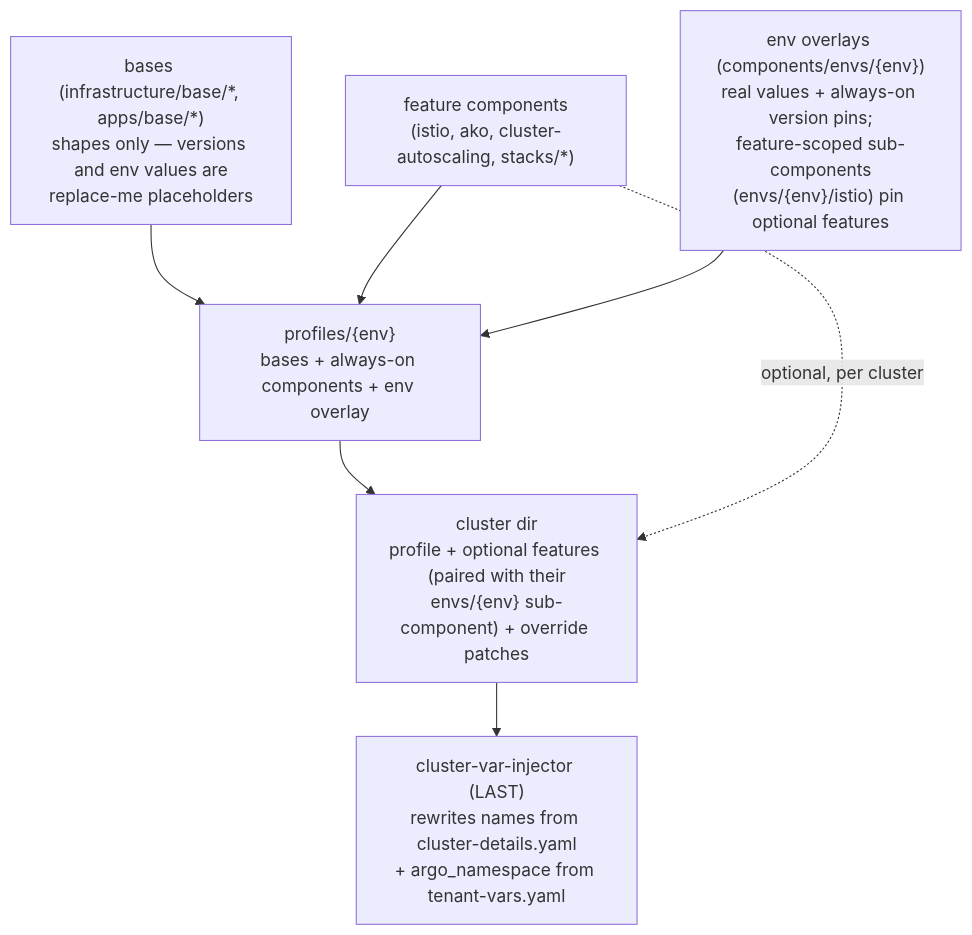
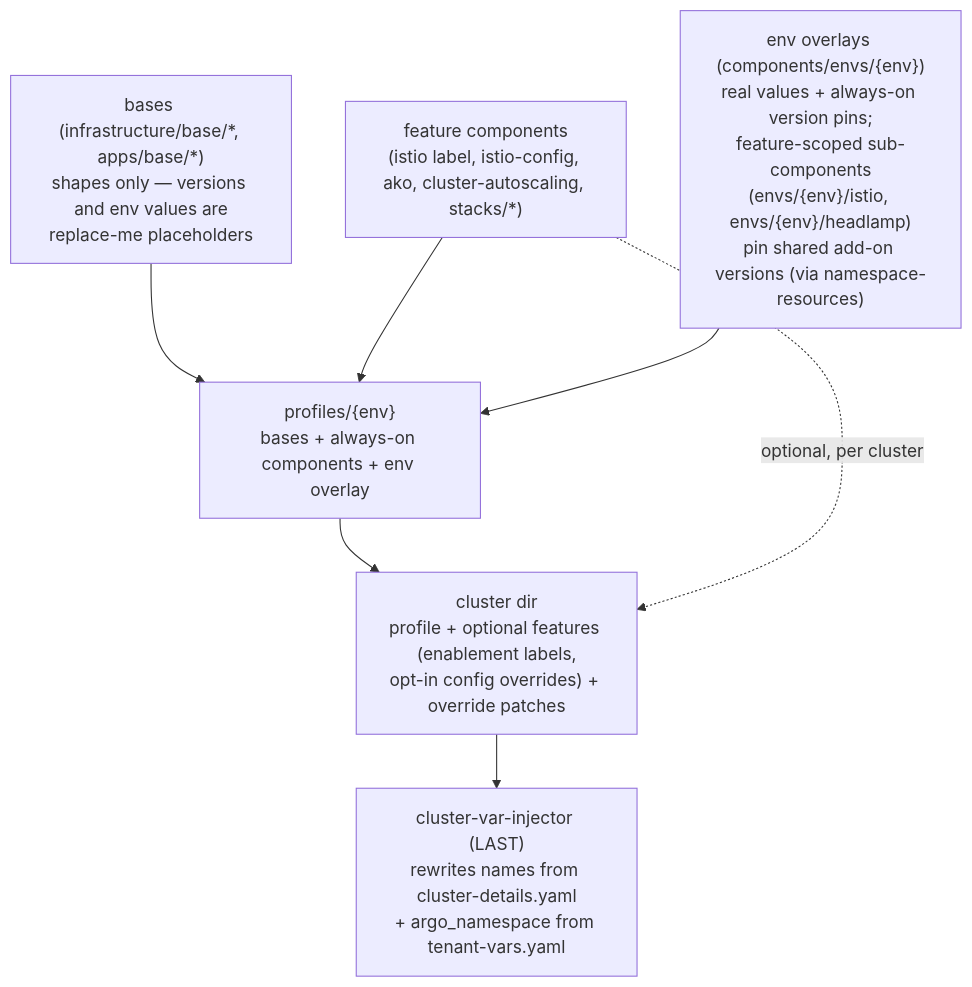
The fourth of 6 diagrams in docs/ARCHITECTURE.md (warroyo/argocd-scaffolding), drawn with Mermaid before and after one commit. The commit also changed other lines of this file and 64 other files, not shown here.

````diff
--- a/docs/ARCHITECTURE.md
+++ b/docs/ARCHITECTURE.md
@@ -191,16 +191,16 @@
 ```mermaid
 flowchart TB
     bases["bases (infrastructure/base/*, apps/base/*)<br/>shapes only — versions and env values are<br/>replace-me placeholders"]
-    comps["feature components<br/>(istio, ako, cluster-autoscaling, stacks/*)"]
-    envs["env overlays (components/envs/{env})<br/>real values + always-on version pins;<br/>feature-scoped sub-components<br/>(envs/{env}/istio) pin optional features"]
+    comps["feature components<br/>(istio label, istio-config, ako, cluster-autoscaling, stacks/*)"]
+    envs["env overlays (components/envs/{env})<br/>real values + always-on version pins;<br/>feature-scoped sub-components<br/>(envs/{env}/istio, envs/{env}/headlamp)<br/>pin shared add-on versions (via namespace-resources)"]
     profile["profiles/{env}<br/>bases + always-on components + env overlay"]
-    cluster["cluster dir<br/>profile + optional features (paired with their<br/>envs/{env} sub-component) + override patches"]
+    cluster["cluster dir<br/>profile + optional features (enablement labels,<br/>opt-in config overrides) + override patches"]
     inject["cluster-var-injector (LAST)<br/>rewrites names from cluster-details.yaml<br/>+ argo_namespace from tenant-vars.yaml"]
 
     bases --> profile
     comps --> profile
     envs --> profile
     profile --> cluster
     comps -. "optional, per cluster" .-> cluster
     cluster --> inject
 ```
````
